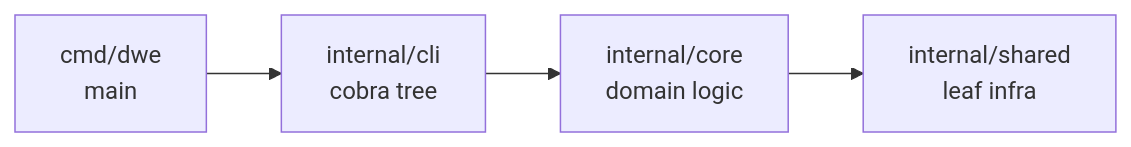
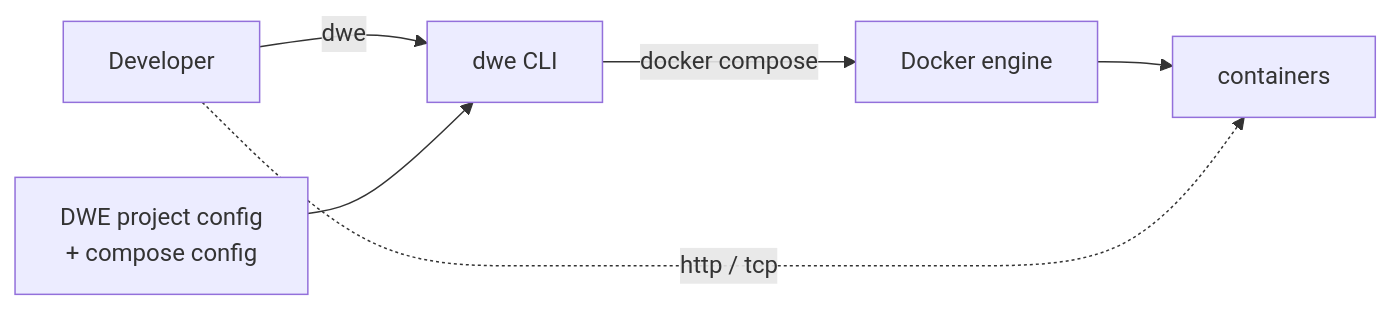
Before and after one commit to semsemyonoff/dwe: the diagram in README.md, drawn with Mermaid. The commit also changed other lines of this file and 19 other files, not shown here.

````diff
--- a/README.md
+++ b/README.md
@@ -123,7 +123,8 @@
 ```mermaid
 flowchart LR
-  Bin["cmd/dwe<br/>main"] --> CLI
-  CLI["internal/cli<br/>cobra tree"] --> Core
-  Core["internal/core<br/>domain logic"] --> Shared
-  Shared["internal/shared<br/>leaf infra"]
+  Dev["Developer"] -->|dwe| CLI["dwe CLI"]
+  Project["DWE project config<br/>+ compose config"] --> CLI
+  CLI -->|docker compose| Engine["Docker engine"]
+  Engine --> Containers["containers"]
+  Dev -.->|http / tcp| Containers
 ```
````
